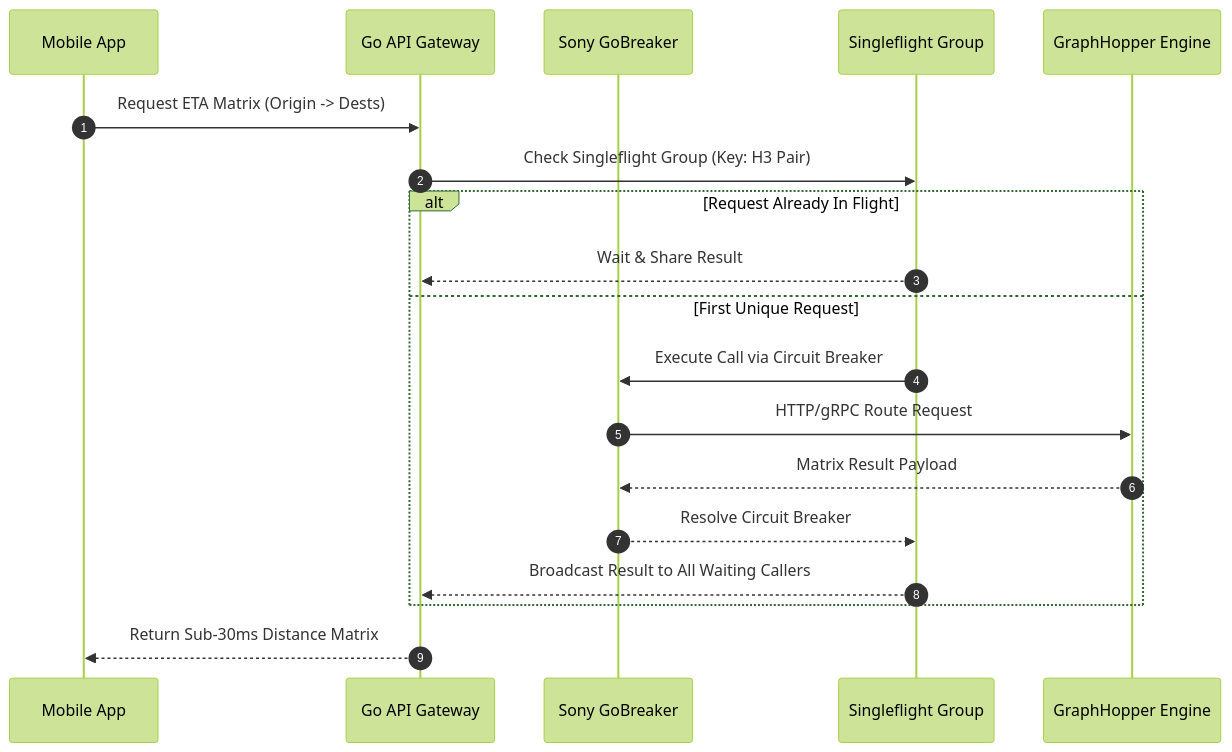
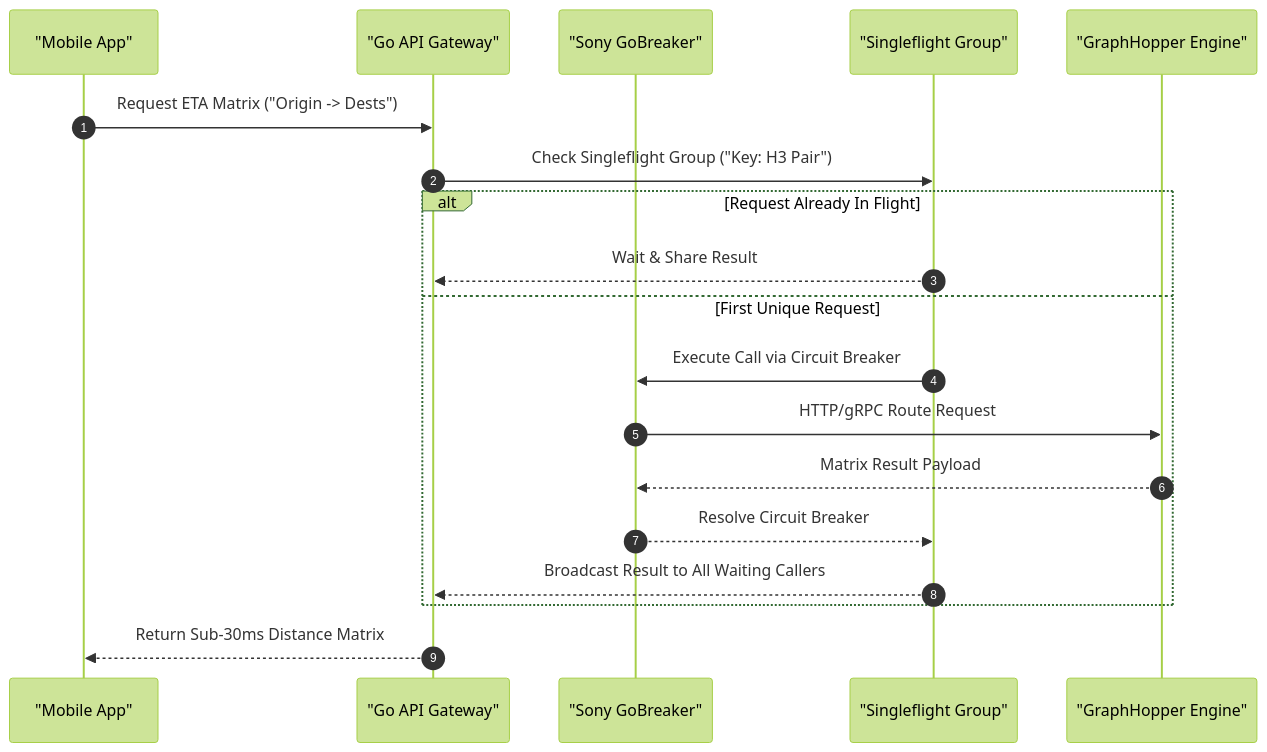
The diagram in content/series/routing-geospatial-architecture/part-4-golang-microservices.md (vesviet/vesviet), drawn with Mermaid (forest theme) before and after one commit. The commit also changed other lines of this file and 331 other files, not shown here.

````diff
--- a/content/series/routing-geospatial-architecture/part-4-golang-microservices.md
+++ b/content/series/routing-geospatial-architecture/part-4-golang-microservices.md
@@ -45,22 +47,22 @@
 ```mermaid
 sequenceDiagram
     autonumber
-    participant Client as Mobile App
-    participant Gateway as Go API Gateway
-    participant Breaker as Sony GoBreaker
-    participant Flight as Singleflight Group
-    participant GH as GraphHopper Engine
+    participant Client as "Mobile App"
+    participant Gateway as "Go API Gateway"
+    participant Breaker as "Sony GoBreaker"
+    participant Flight as "Singleflight Group"
+    participant GH as "GraphHopper Engine"
     
-    Client->>Gateway: Request ETA Matrix (Origin -> Dests)
-    Gateway->>Flight: Check Singleflight Group (Key: H3 Pair)
+    Client->>Gateway: Request ETA Matrix ("Origin -> Dests")
+    Gateway->>Flight: Check Singleflight Group ("Key: H3 Pair")
     alt Request Already In Flight
         Flight-->>Gateway: Wait & Share Result
     else First Unique Request
         Flight->>Breaker: Execute Call via Circuit Breaker
         Breaker->>GH: HTTP/gRPC Route Request
         GH-->>Breaker: Matrix Result Payload
         Breaker-->>Flight: Resolve Circuit Breaker
         Flight-->>Gateway: Broadcast Result to All Waiting Callers
     end
     Gateway-->>Client: Return Sub-30ms Distance Matrix
 ```
````
